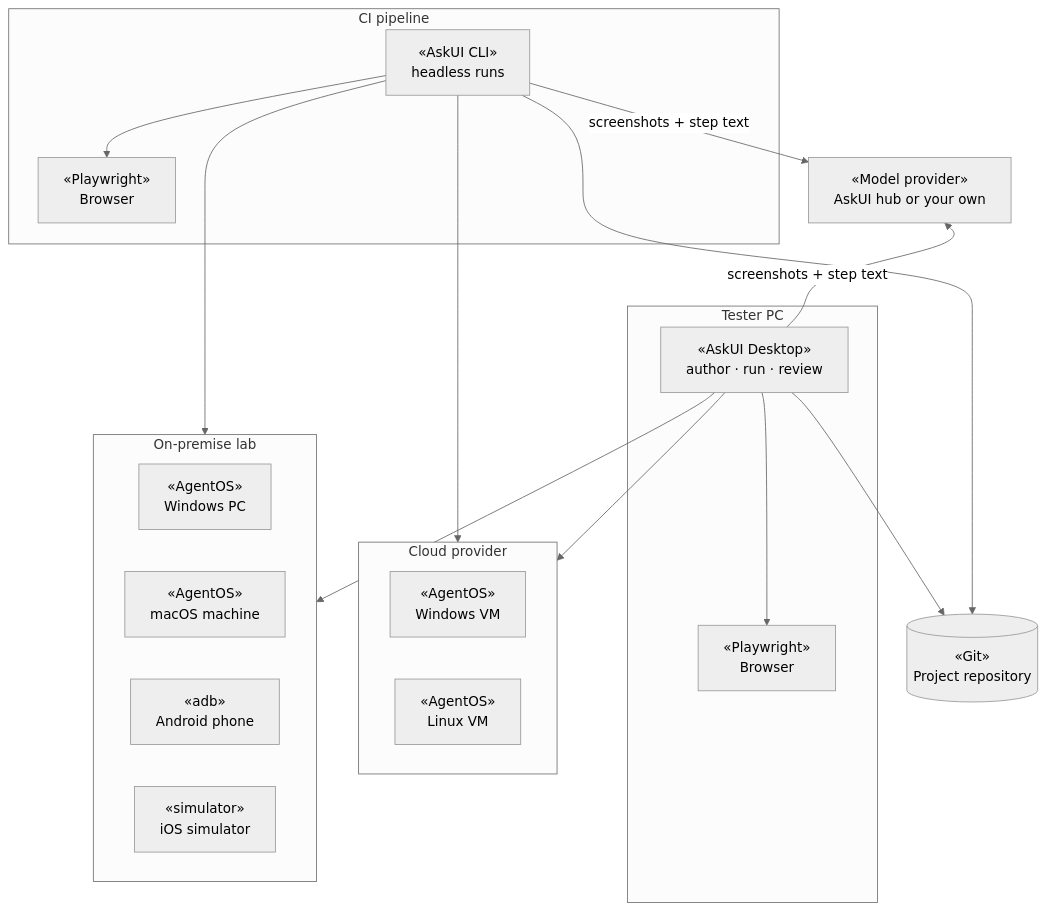
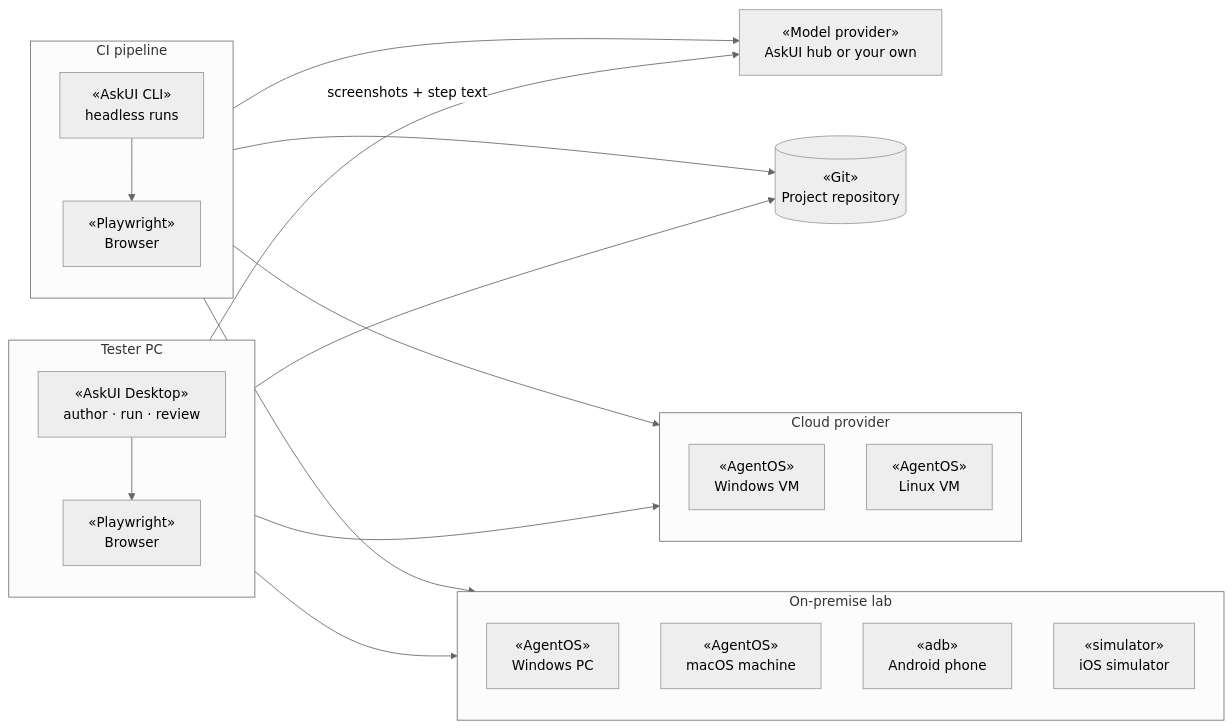
Before and after one commit to askui/docs-rewrite: the second of 2 diagrams in content/docs/concepts/enterprise-fit.mdx, drawn with Mermaid (neutral theme). The commit also changed other lines of this file and 1 other file, not shown here.

Commit message:
docs(enterprise-fit): straighter diagrams, Tester PC first
- Both diagrams switch to LR with 'direction TB' inside each container, so
  the Tester PC container leads at the left and its internal edges run
  straight down instead of zigzagging around the rank
- Model provider declared before the other rank-1 nodes so it sits at the
  top of its column
- Shortened the application label that was being truncated
- Wider node/rank spacing so step-routed edges have room to run straight

````diff
--- a/content/docs/concepts/enterprise-fit.mdx
+++ b/content/docs/concepts/enterprise-fit.mdx
@@ -42,34 +41,37 @@
 ```mermaid
-flowchart TB
-  M["«Model provider»<br/>AskUI hub or your own"]
+flowchart LR
   subgraph pc["Tester PC"]
+    direction TB
     D["«AskUI Desktop»<br/>author · run · review"]
     B1["«Playwright»<br/>Browser"]
+    D --> B1
   end
   subgraph ci["CI pipeline"]
+    direction TB
     C["«AskUI CLI»<br/>headless runs"]
     B2["«Playwright»<br/>Browser"]
+    C --> B2
   end
+  M["«Model provider»<br/>AskUI hub or your own"]
   R[("«Git»<br/>Project repository")]
   subgraph cloud["Cloud provider"]
+    direction TB
     V1["«AgentOS»<br/>Windows VM"]
     V2["«AgentOS»<br/>Linux VM"]
   end
   subgraph lab["On-premise lab"]
+    direction TB
     P1["«AgentOS»<br/>Windows PC"]
     P2["«AgentOS»<br/>macOS machine"]
     A1["«adb»<br/>Android phone"]
     I1["«simulator»<br/>iOS simulator"]
   end
-  M ~~~ pc
   D -->|"screenshots + step text"| M
-  C -->|"screenshots + step text"| M
-  D --> B1
-  C --> B2
+  C --> M
   D --> R
   C --> R
   D --> cloud
   D --> lab
   C --> cloud
   C --> lab
 ```
````
